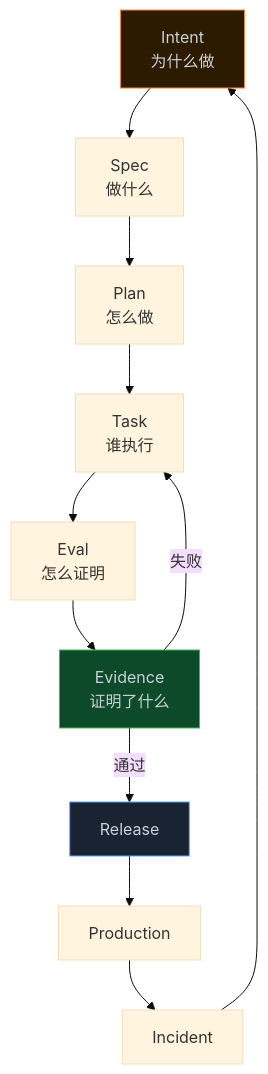
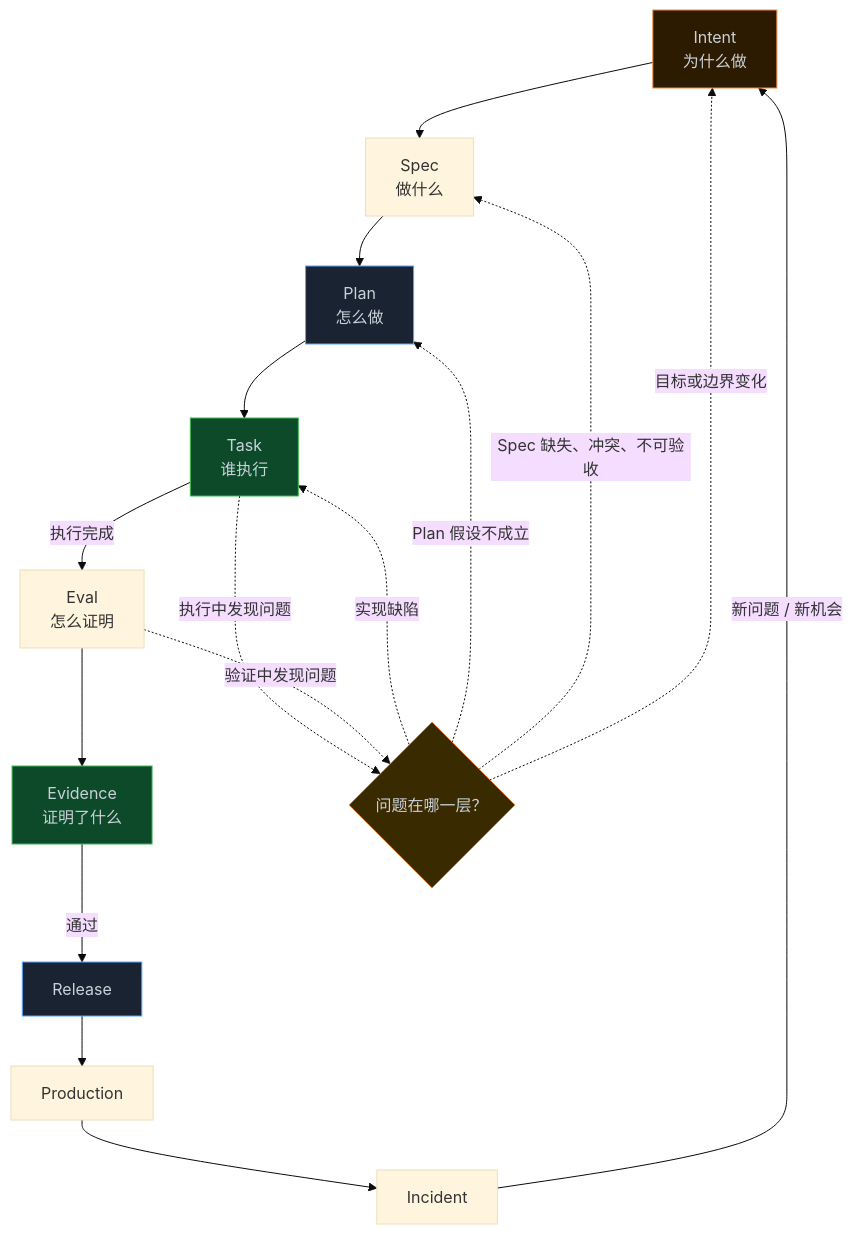
One commit to qiubohong/qiubohong.github.io changed the first of 4 diagrams in source/source/_posts/ailearn/aisdlc/02.md. Above: the diagram before and after it, drawn with Mermaid (base theme). The commit also changed other lines of this file, not shown here.

````diff
--- a/source/source/_posts/ailearn/aisdlc/02.md
+++ b/source/source/_posts/ailearn/aisdlc/02.md
@@ -74,16 +74,26 @@
 ```mermaid
 flowchart TB
     I["Intent\n为什么做"] --> S["Spec\n做什么"]
     S --> P["Plan\n怎么做"]
     P --> T["Task\n谁执行"]
-    T --> E["Eval\n怎么证明"]
+    T -->|"执行完成"| E["Eval\n怎么证明"]
     E --> V["Evidence\n证明了什么"]
     V -->|"通过"| R["Release"]
-    V -->|"失败"| T
     R --> PROD["Production"]
     PROD --> INC["Incident"]
-    INC --> I
+    INC -->|"新问题 / 新机会"| I
+
+    T -. "执行中发现问题" .-> F{"问题在哪一层？"}
+    E -. "验证中发现问题" .-> F
+    F -. "实现缺陷" .-> T
+    F -. "Plan 假设不成立" .-> P
+    F -. "Spec 缺失、冲突、不可验收" .-> S
+    F -. "目标或边界变化" .-> I
+
     style I fill:#2d1b00,stroke:#f0883e,color:#c9d1d9
+    style P fill:#1a2332,stroke:#58a6ff,color:#c9d1d9
+    style T fill:#0d4a2a,stroke:#3fb950,color:#c9d1d9
+    style F fill:#3a2a00,stroke:#f0883e,color:#c9d1d9
     style V fill:#0d4a2a,stroke:#3fb950,color:#c9d1d9
     style R fill:#1a2332,stroke:#58a6ff,color:#c9d1d9
 ```
````
